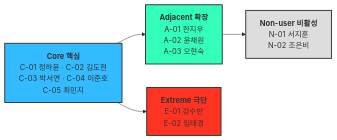
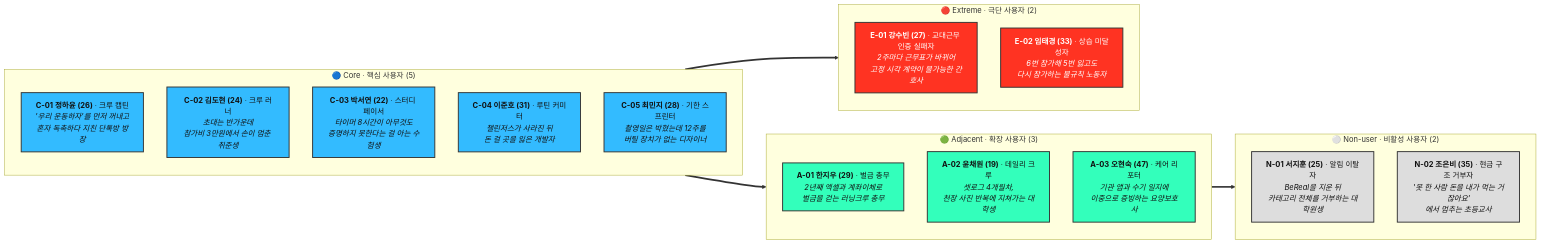
Before and after one commit to new-rim/business-research-practice-2026-sesac: the second of 2 diagrams in 05-personas/persona-02-spectrum.md, drawn with Mermaid.

Commit message:
docs(05): 스펙트럼 배치 도식을 페르소나 12종 개별 노드로 확장
코드·이름만 나열하던 4개 묶음 노드를 유형별 subgraph로 분리하고
각 노드에 이름·나이·유형명과 한 줄 묘사를 표기

````diff
--- a/05-personas/persona-02-spectrum.md
+++ b/05-personas/persona-02-spectrum.md
@@ -67,10 +67,39 @@
 ```mermaid
 graph LR
-A["<b>Core 핵심</b><br/>C-01 정하윤 · C-02 김도현<br/>C-03 박서연 · C-04 이준호<br/>C-05 최민지"] --> B["<b>Adjacent 확장</b><br/>A-01 한지우<br/>A-02 윤채원<br/>A-03 오현숙"]
-A --> C["<b>Extreme 극단</b><br/>E-01 강수빈<br/>E-02 임태경"]
-B --> D["<b>Non-user 비활성</b><br/>N-01 서지훈<br/>N-02 조은비"]
-style A fill:#33BBFF,stroke:#333,stroke-width:2px
-style B fill:#33FFBB,stroke:#333,stroke-width:2px
-style C fill:#FF3322,stroke:#333,stroke-width:2px
-style D fill:#DDDDDD,stroke:#333,stroke-width:2px
+    subgraph CORE["🔵 Core · 핵심 사용자 (5)"]
+        direction TB
+        C1["<b>C-01 정하윤 (26)</b> · 크루 캡틴<br/><i>'우리 운동하자'를 먼저 꺼내고<br/>혼자 독촉하다 지친 단톡방 방장</i>"]:::core
+        C2["<b>C-02 김도현 (24)</b> · 크루 러너<br/><i>초대는 반가운데<br/>참가비 3만원에서 손이 멈춘 취준생</i>"]:::core
+        C3["<b>C-03 박서연 (22)</b> · 스터디 페이서<br/><i>타이머 8시간이 아무것도<br/>증명하지 못한다는 걸 아는 수험생</i>"]:::core
+        C4["<b>C-04 이준호 (31)</b> · 루틴 커미터<br/><i>챌린저스가 사라진 뒤<br/>돈 걸 곳을 잃은 개발자</i>"]:::core
+        C5["<b>C-05 최민지 (28)</b> · 기한 스프린터<br/><i>촬영일은 박혔는데 12주를<br/>버틸 장치가 없는 디자이너</i>"]:::core
+    end
+
+    subgraph ADJ["🟢 Adjacent · 확장 사용자 (3)"]
+        direction TB
+        A1["<b>A-01 한지우 (29)</b> · 벌금 총무<br/><i>2년째 엑셀과 계좌이체로<br/>벌금을 걷는 러닝크루 총무</i>"]:::adj
+        A2["<b>A-02 윤채원 (19)</b> · 데일리 크루<br/><i>셋로그 4개월차,<br/>천장 사진 반복에 지쳐가는 대학생</i>"]:::adj
+        A3["<b>A-03 오현숙 (47)</b> · 케어 리포터<br/><i>기관 앱과 수기 일지에<br/>이중으로 증빙하는 요양보호사</i>"]:::adj
+    end
+
+    subgraph EXT["🔴 Extreme · 극단 사용자 (2)"]
+        direction TB
+        E1["<b>E-01 강수빈 (27)</b> · 교대근무 인증 실패자<br/><i>2주마다 근무표가 바뀌어<br/>고정 시각 계약이 불가능한 간호사</i>"]:::ext
+        E2["<b>E-02 임태경 (33)</b> · 상습 미달성자<br/><i>6번 참가해 5번 잃고도<br/>다시 참가하는 불규칙 노동자</i>"]:::ext
+    end
+
+    subgraph NON["⚪ Non-user · 비활성 사용자 (2)"]
+        direction TB
+        N1["<b>N-01 서지훈 (25)</b> · 알림 이탈자<br/><i>BeReal을 지운 뒤<br/>카테고리 전체를 거부하는 대학원생</i>"]:::non
+        N2["<b>N-02 조은비 (35)</b> · 현금 구조 거부자<br/><i>'못 한 사람 돈을 내가 먹는 거잖아요'<br/>에서 멈추는 초등교사</i>"]:::non
+    end
+
+    CORE ==> ADJ
+    CORE ==> EXT
+    ADJ ==> NON
+
+    classDef core fill:#33BBFF,stroke:#333,stroke-width:2px,color:#111;
+    classDef adj fill:#33FFBB,stroke:#333,stroke-width:2px,color:#111;
+    classDef ext fill:#FF3322,stroke:#333,stroke-width:2px,color:#fff;
+    classDef non fill:#DDDDDD,stroke:#333,stroke-width:2px,color:#111;
 ```
````
